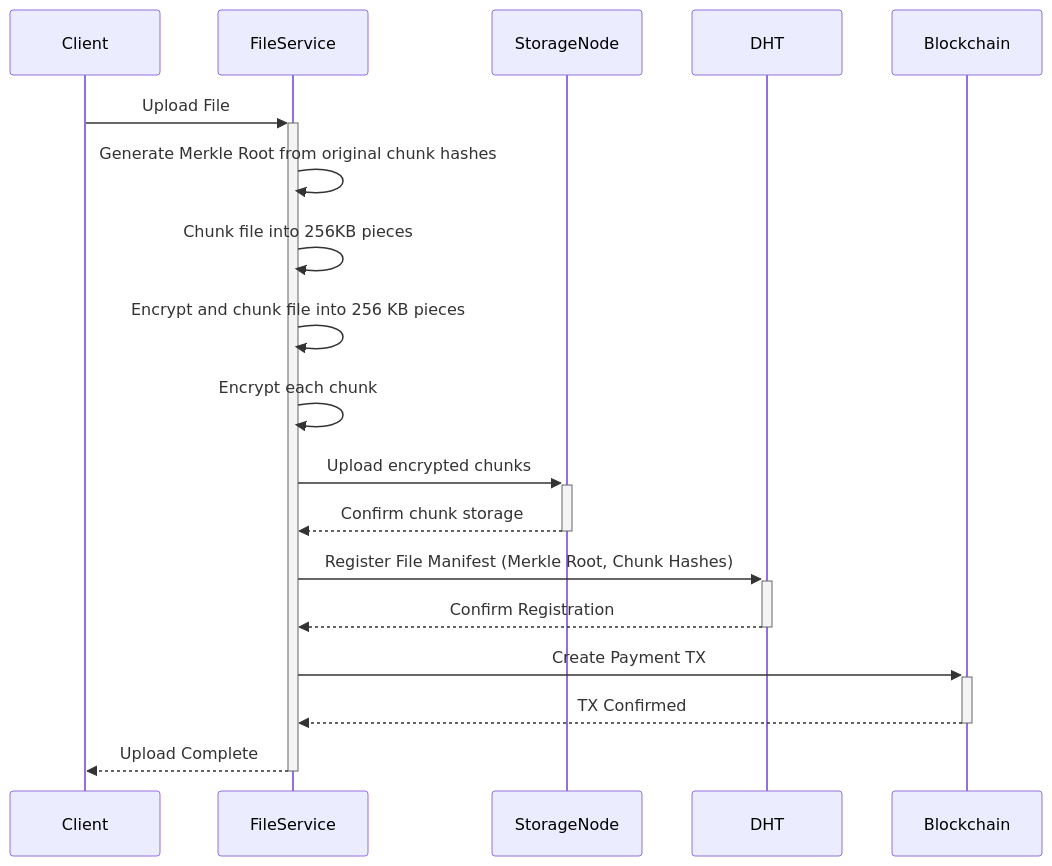
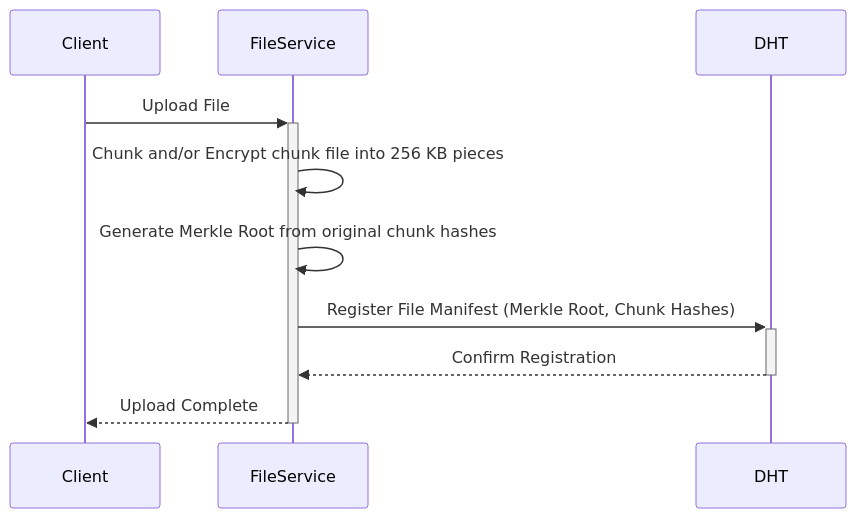
Before and after one commit to walrus-chanul-dandeniya/chiral-network: the first of 2 diagrams in docs/02-architecture.md, drawn with Mermaid.

Commit message:
docs:doc02 update upload data flow diagram

````diff
--- a/docs/02-architecture.md
+++ b/docs/02-architecture.md
@@ -265,21 +265,13 @@
 ```mermaid
 sequenceDiagram
     participant Client
     participant FileService
-    participant StorageNode
     participant DHT
-    participant Blockchain
 
     Client->>+FileService: Upload File
+    FileService->>FileService: Chunk and/or Encrypt chunk file into 256 KB pieces
     FileService->>FileService: Generate Merkle Root from original chunk hashes
-    FileService->>FileService: Chunk file into 256KB pieces
-    FileService->>FileService: Encrypt and chunk file into 256 KB pieces
-    FileService->>FileService: Encrypt each chunk
-    FileService->>+StorageNode: Upload encrypted chunks
-    StorageNode-->>-FileService: Confirm chunk storage
     FileService->>+DHT: Register File Manifest (Merkle Root, Chunk Hashes)
     DHT-->>-FileService: Confirm Registration
-    FileService->>+Blockchain: Create Payment TX
-    Blockchain-->>-FileService: TX Confirmed
     FileService-->>-Client: Upload Complete
 ```
````
